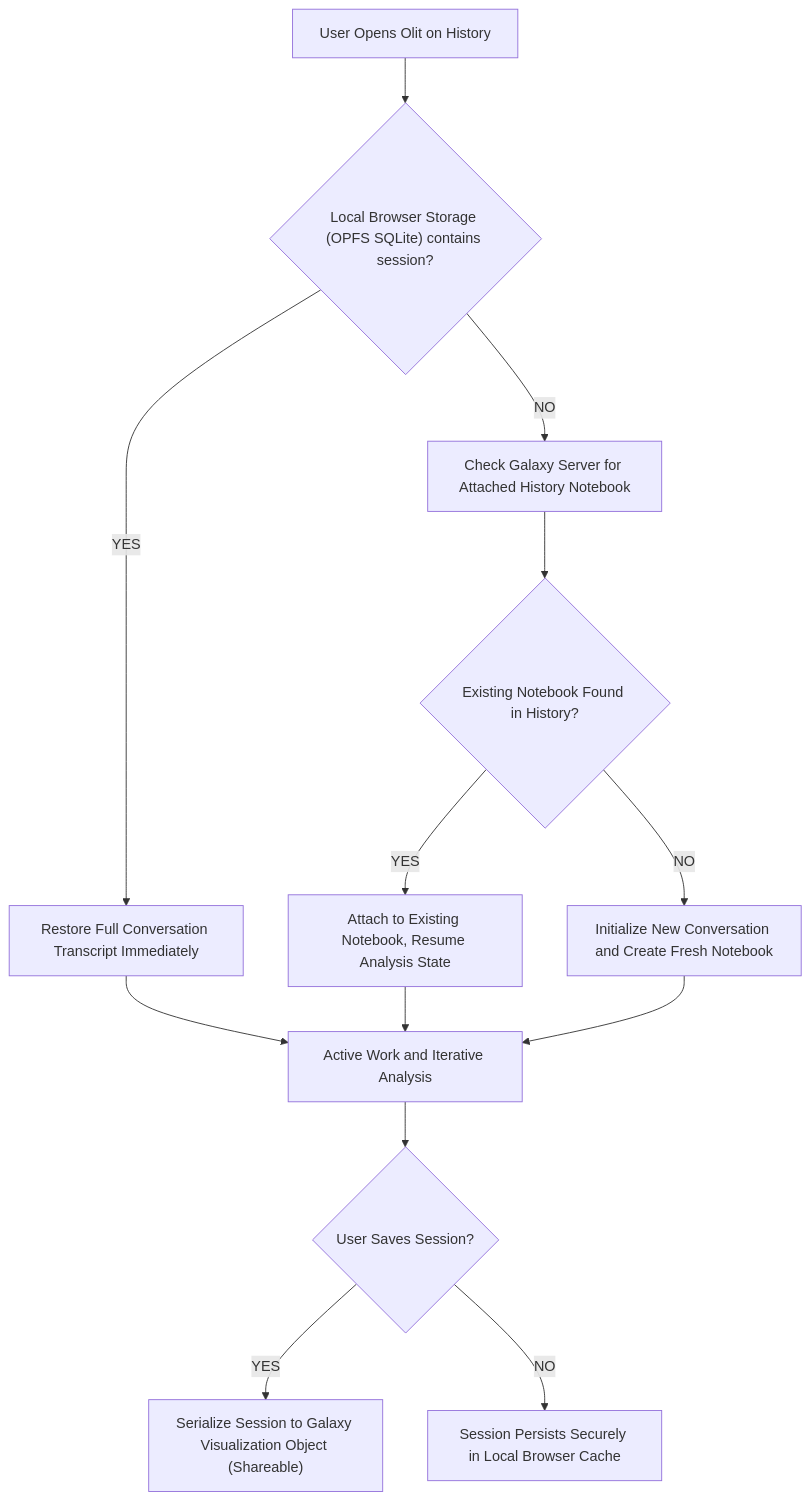
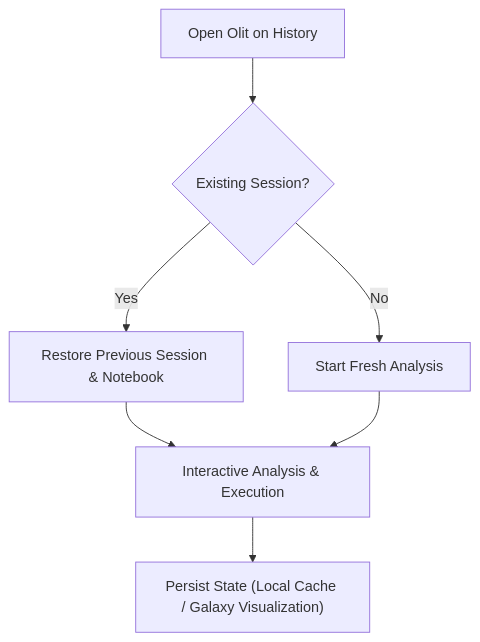
Before and after one commit to mertydn/olit-thesis: the second of 2 diagrams in README.md, drawn with Mermaid. The commit also changed other lines of this file, not shown here.

Commit message:
Simplify session resumption flowchart in Section 3.5

````diff
--- a/README.md
+++ b/README.md
@@ -364,15 +364,9 @@
 ```mermaid
 flowchart TD
-    Start["User Opens Olit on History"] --> CheckLocal{"Local Browser Storage (OPFS SQLite) contains session?"}
-    CheckLocal -->|"YES"| Restore["Restore Full Conversation Transcript Immediately"]
-    CheckLocal -->|"NO"| CheckServer["Check Galaxy Server for Attached History Notebook"]
-    CheckServer --> CheckNB{"Existing Notebook Found in History?"}
-    CheckNB -->|"YES"| Attach["Attach to Existing Notebook, Resume Analysis State"]
-    CheckNB -->|"NO"| Fresh["Initialize New Conversation and Create Fresh Notebook"]
-    Restore --> Work["Active Work and Iterative Analysis"]
-    Attach --> Work
+    Start["Open Olit on History"] --> Check{"Existing Session?"}
+    Check -->|"Yes"| Resume["Restore Previous Session & Notebook"]
+    Check -->|"No"| Fresh["Start Fresh Analysis"]
+    Resume --> Work["Interactive Analysis & Execution"]
     Fresh --> Work
-    Work --> CheckSave{"User Saves Session?"}
-    CheckSave -->|"YES"| Serialize["Serialize Session to Galaxy Visualization Object (Shareable)"]
-    CheckSave -->|"NO"| LocalCache["Session Persists Securely in Local Browser Cache"]
+    Work --> Save["Persist State (Local Cache / Galaxy Visualization)"]
 ```
````
